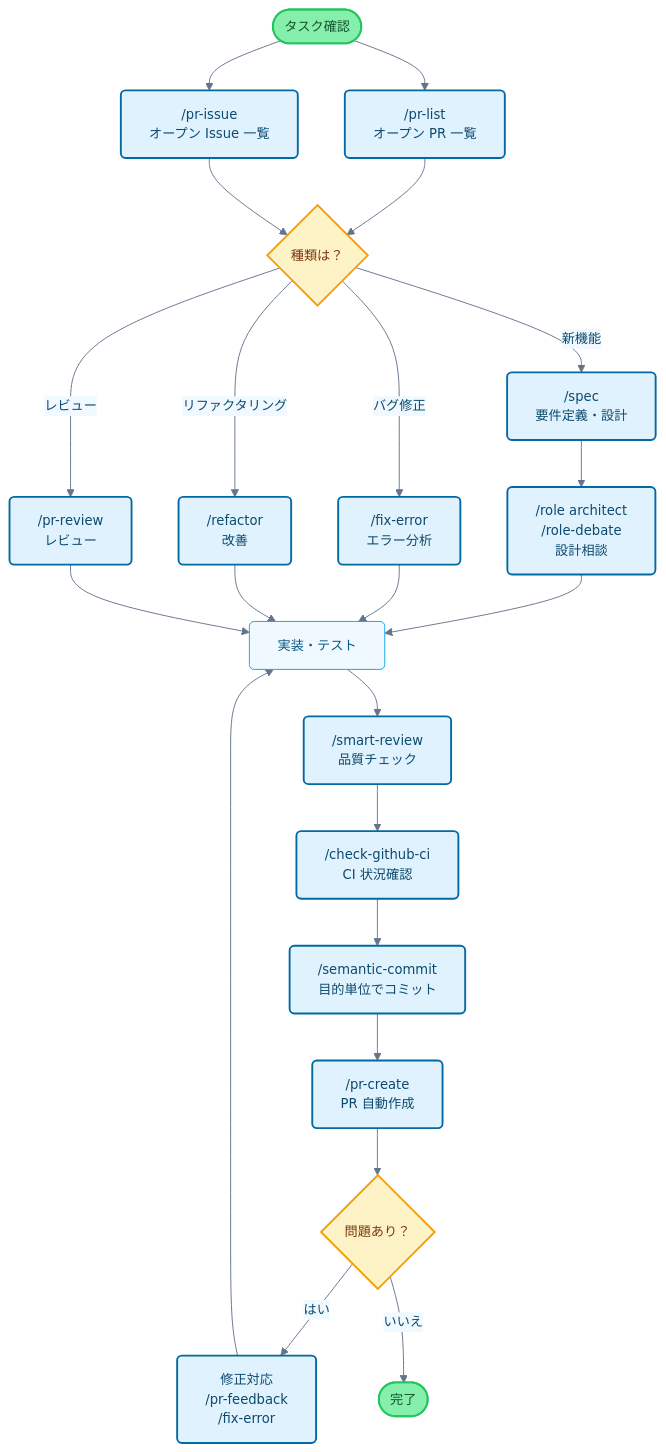
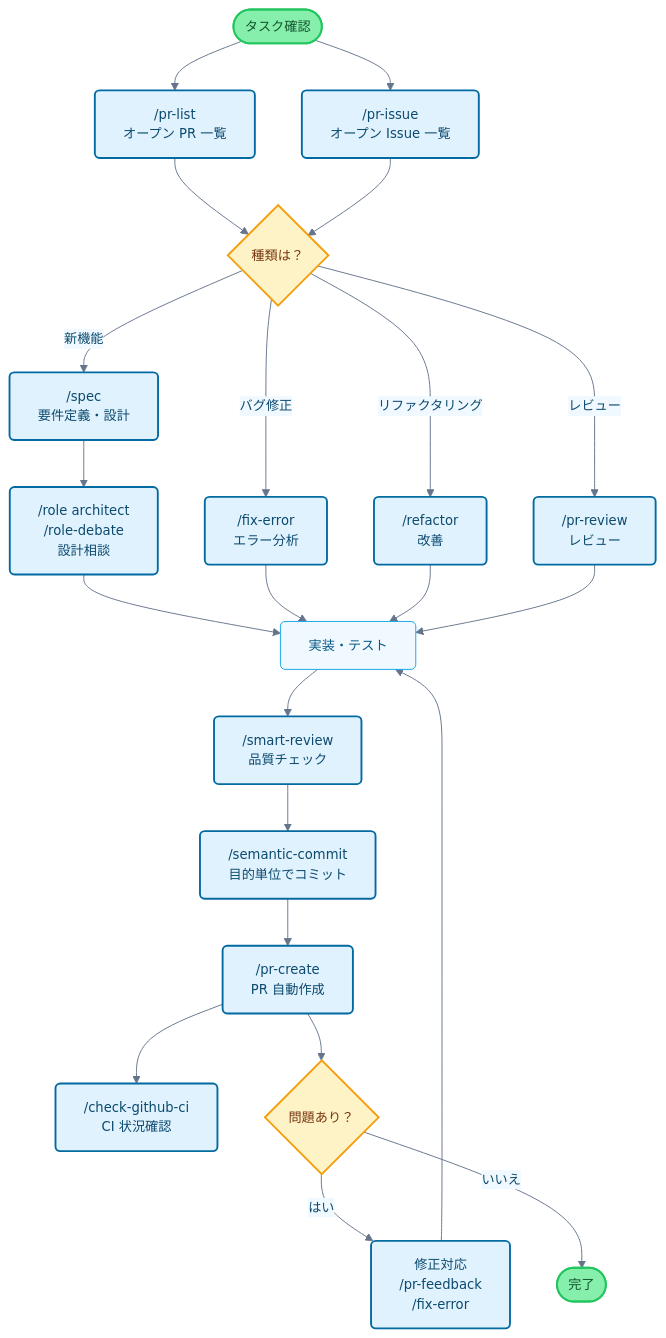
The diagram in README.md (tanak/claude-code-cookbook), drawn with Mermaid before and after one commit. The commit also changed other lines of this file and 1 other file, not shown here.

Commit message:
Sync from dotfiles/dot_claude
Updated files:
dot_claude/README.md
dot_claude/commands/style-wasabeef-writting.md
dot_claude/scripts/executable_check-continue.sh

Source commit: 2221a49fb81423a4bf2da1e39fb181c799fc0974
Workflow: Sync Claude Settings
Run ID: 16511860905

````diff
--- a/README.md
+++ b/README.md
@@ -100,42 +100,42 @@
 ```mermaid
 flowchart TB
     Start([タスク確認]) --> PRList["/pr-list<br/>オープン PR 一覧"]
     Start --> PRIssue["/pr-issue<br/>オープン Issue 一覧"]
 
     PRList --> TaskType{種類は？}
     PRIssue --> TaskType
 
     TaskType -->|新機能| Plan["/spec<br/>要件定義・設計"]
     TaskType -->|バグ修正| Fix["/fix-error<br/>エラー分析"]
     TaskType -->|リファクタリング| Refactor["/refactor<br/>改善"]
     TaskType -->|レビュー| Review["/pr-review<br/>レビュー"]
 
     Plan --> Design["/role architect<br/>/role-debate<br/>設計相談"]
     Design --> Implementation[実装・テスト]
     Fix --> Implementation
     Refactor --> Implementation
     Review --> Implementation
 
     Implementation --> Check["/smart-review<br/>品質チェック"]
-    Check --> CI["/check-github-ci<br/>CI 状況確認"]
-    CI --> Commit["/semantic-commit<br/>目的単位でコミット"]
+    Check --> Commit["/semantic-commit<br/>目的単位でコミット"]
     Commit --> PR["/pr-create<br/>PR 自動作成"]
+    PR --> CI["/check-github-ci<br/>CI 状況確認"]
 
     PR --> Status{問題あり？}
     Status -->|はい| Feedback["修正対応<br/>/pr-feedback<br/>/fix-error"]
     Status -->|いいえ| End([完了])
 
     Feedback --> Implementation
 
     classDef commandBox fill:#e0f2fe,stroke:#0369a1,stroke-width:2px,rx:5,ry:5,color:#0c4a6e
     classDef processBox fill:#f0f9ff,stroke:#0ea5e9,stroke-width:1px,rx:5,ry:5,color:#075985
     classDef decisionBox fill:#fef3c7,stroke:#f59e0b,stroke-width:2px,rx:5,ry:5,color:#78350f
     classDef startEnd fill:#86efac,stroke:#22c55e,stroke-width:2px,rx:20,ry:20,color:#14532d
 
     class PRList,PRIssue,Plan,Fix,Refactor,Review,Design,Check,CI,Commit,PR,Feedback commandBox
     class Implementation processBox
     class TaskType,Status decisionBox
     class Start,End startEnd
 
     %%{init: {'theme':'base', 'themeVariables': { 'primaryColor':'#e0f2fe', 'primaryTextColor':'#0c4a6e', 'primaryBorderColor':'#0369a1', 'lineColor':'#64748b', 'secondaryColor':'#f0f9ff', 'background':'#ffffff', 'mainBkg':'#ffffff', 'fontSize': '14px'}}}%%
 ```
````
